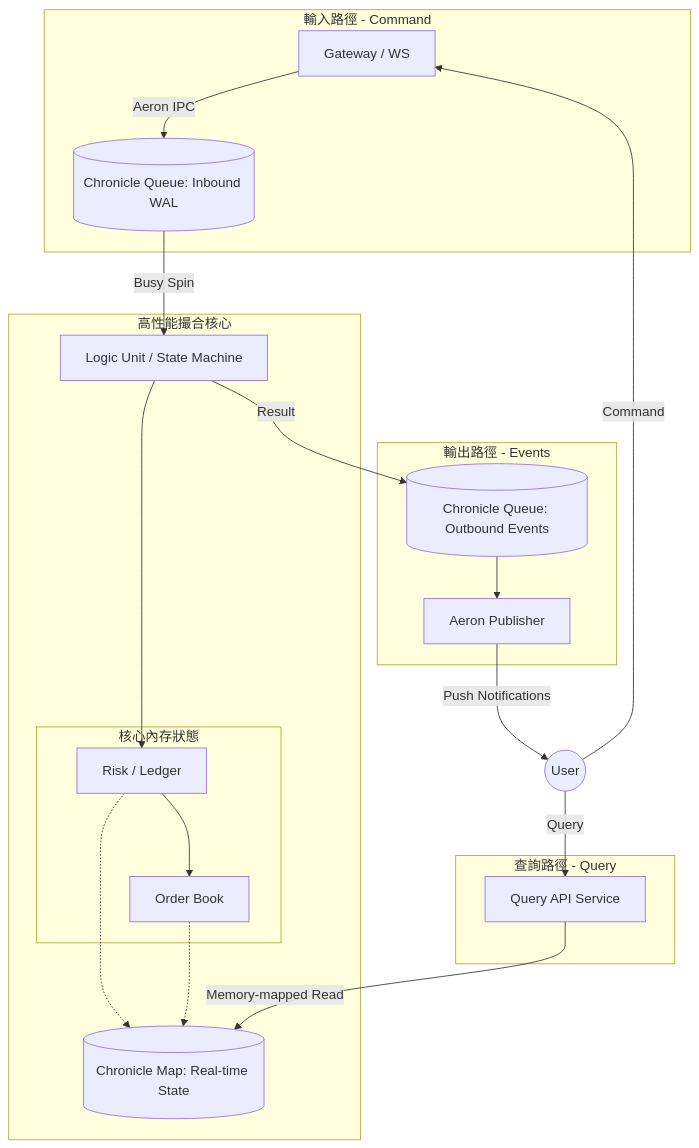
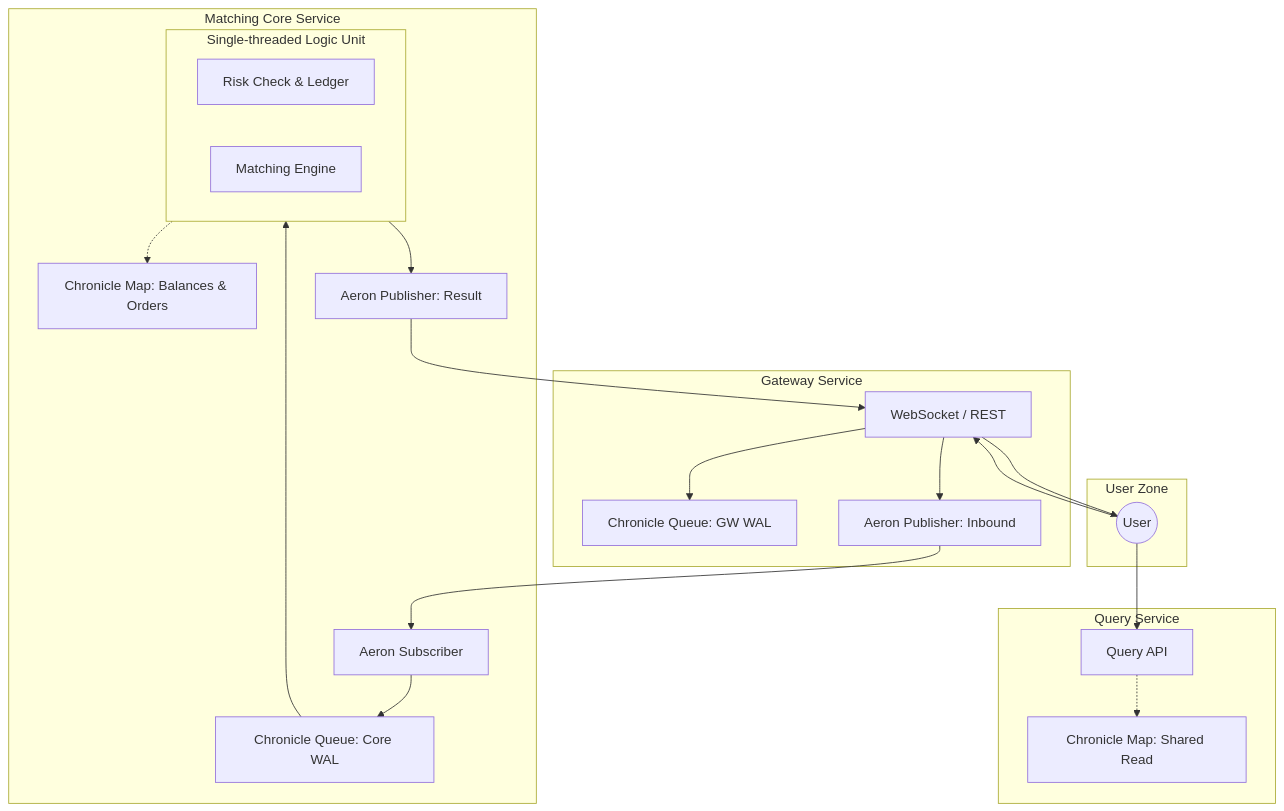
Before and after one commit to vincentf13/open.vincentf13: the diagram in doc/Spot Exchange/architecture_design.md, drawn with Mermaid. The commit also changed other lines of this file, not shown here.

````diff
--- a/doc/Spot Exchange/architecture_design.md
+++ b/doc/Spot Exchange/architecture_design.md
@@ -18,36 +18,48 @@
 ```mermaid
 flowchart TD
-    subgraph Inbound_Path[輸入路徑 - Command]
-        API[Gateway / WS] -->|Aeron IPC| Sequencer[(Chronicle Queue: Inbound WAL)]
+    subgraph ClientZone ["User Zone"]
+        User((User))
     end
 
-    subgraph Core_Engine[高性能撮合核心]
-        Sequencer -->|Busy Spin| LogicUnit[Logic Unit / State Machine]
+    subgraph GatewayService ["Gateway Service"]
+        WS["WebSocket / REST"]
+        GW_Q["Chronicle Queue: GW WAL"]
+        Aeron_Pub_In["Aeron Publisher: Inbound"]
+    end
+
+    subgraph CoreEngineService ["Matching Core Service"]
+        Aeron_Sub_In["Aeron Subscriber"]
+        Core_Q["Chronicle Queue: Core WAL"]
         
-        subgraph Internal_State[核心內存狀態]
-            Risk[Risk / Ledger]
-            Book[Order Book]
+        subgraph LogicUnit ["Single-threaded Logic Unit"]
+            RiskLogic["Risk Check & Ledger"]
+            MatchLogic["Matching Engine"]
         end
         
-        LogicUnit --> Risk
-        Risk --> Book
-        
-        %% 狀態同步
-        Risk -.-> SharedMap[(Chronicle Map: Real-time State)]
-        Book -.-> SharedMap
+        StateMap["Chronicle Map: Balances & Orders"]
+        Aeron_Pub_Out["Aeron Publisher: Result"]
     end
 
-    subgraph Outbound_Path[輸出路徑 - Events]
-        LogicUnit -->|Result| PubSequencer[(Chronicle Queue: Outbound Events)]
-        PubSequencer --> AeronPub[Aeron Publisher]
+    subgraph QueryService ["Query Service"]
+        QueryAPI["Query API"]
+        StateMap_Read["Chronicle Map: Shared Read"]
     end
 
-    subgraph Query_Path[查詢路徑 - Query]
-        QueryAPI[Query API Service] -->|Memory-mapped Read| SharedMap
-    end
+    %% Data Flow
+    User --> WS
+    WS --> GW_Q
+    WS --> Aeron_Pub_In
 
-    %% 用戶交互
-    User((User)) -->|Command| API
-    User -->|Query| QueryAPI
-    AeronPub -->|Push Notifications| User
+    Aeron_Pub_In --> Aeron_Sub_In
+    Aeron_Sub_In --> Core_Q
+    Core_Q --> LogicUnit
+    LogicUnit -.-> StateMap
+    LogicUnit --> Aeron_Pub_Out
+
+    Aeron_Pub_Out --> WS
+    WS --> User
+
+    %% Query Path
+    User --> QueryAPI
+    QueryAPI -.-> StateMap_Read
 ```
````
